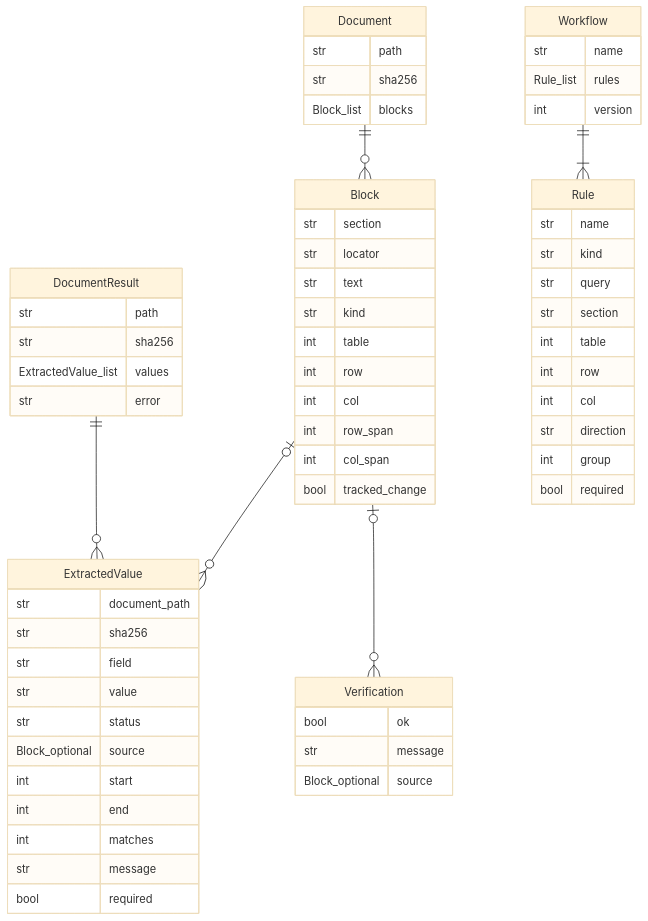
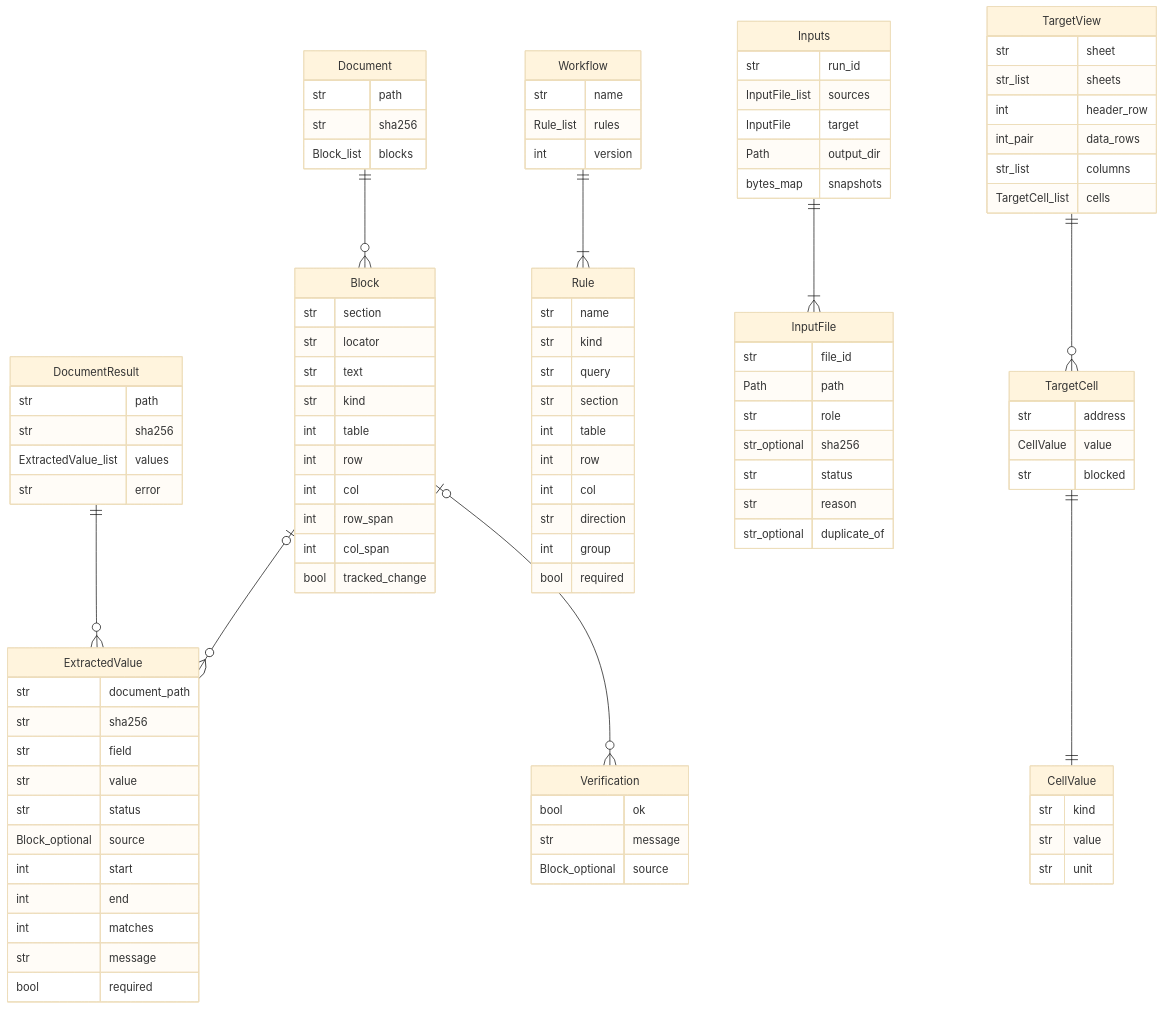
One commit to Minky0602/ureonggaksi changed the second of 6 diagrams in docs/architecture.md. Above: the diagram before and after it, drawn with Mermaid (base theme). The commit also changed other lines of this file and 11 other files, not shown here.

```diff
--- a/docs/architecture.md
+++ b/docs/architecture.md
@@ -112,8 +115,45 @@
         Rule_list rules
         int version
     }
+    CellValue {
+        str kind
+        str value
+        str unit
+    }
+    InputFile {
+        str file_id
+        Path path
+        str role
+        str_optional sha256
+        str status
+        str reason
+        str_optional duplicate_of
+    }
+    Inputs {
+        str run_id
+        InputFile_list sources
+        InputFile target
+        Path output_dir
+        bytes_map snapshots
+    }
+    TargetCell {
+        str address
+        CellValue value
+        str blocked
+    }
+    TargetView {
+        str sheet
+        str_list sheets
+        int header_row
+        int_pair data_rows
+        str_list columns
+        TargetCell_list cells
+    }
     Document ||--o{ Block : ""
     Workflow ||--|{ Rule : ""
+    Inputs ||--|{ InputFile : ""
+    TargetView ||--o{ TargetCell : ""
+    TargetCell ||--|| CellValue : ""
     DocumentResult ||--o{ ExtractedValue : ""
     Block |o--o{ ExtractedValue : ""
     Block |o--o{ Verification : ""
```
